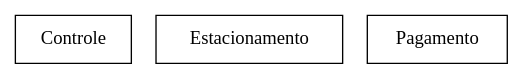
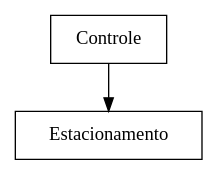
The diagram in Estacionamento/bdp/Estacionamento.dot (ciromdrs/mch_estacionamento), drawn with Graphviz before and after one commit. The commit also changed 34 other files, not shown here.

```diff
--- a/Estacionamento/bdp/Estacionamento.dot
+++ b/Estacionamento/bdp/Estacionamento.dot
@@ -1,6 +1,6 @@
 digraph {
 Controle [ label=" Controle " shape= box ]
 Estacionamento [ label=" Estacionamento " shape= box ]
-Pagamento [ label=" Pagamento " shape= box ]
 
+"Controle" -> "Estacionamento" []
 }
```
